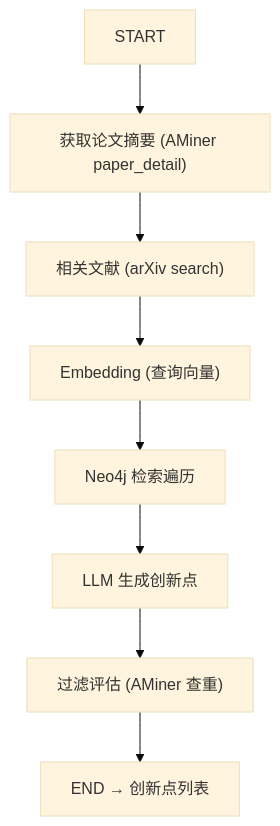
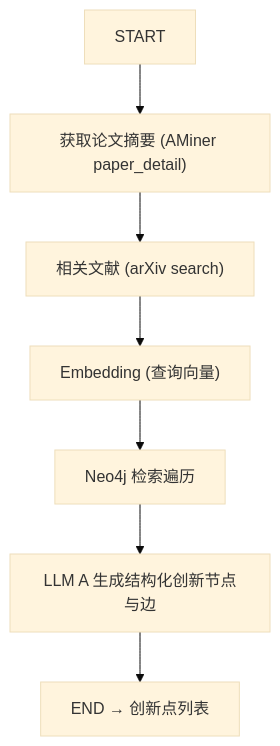
The third of 3 diagrams in doc/architecture.md (cheanus/IdeaForgeX), drawn with Mermaid (base theme) before and after one commit. The commit also changed other lines of this file and 16 other files, not shown here.

````diff
--- a/doc/architecture.md
+++ b/doc/architecture.md
@@ -118,11 +111,10 @@
 ```mermaid
 flowchart TD
     S["START"]
     S --> P1["获取论文摘要 (AMiner paper_detail)"]
     P1 --> P2["相关文献 (arXiv search)"]
     P2 --> E["Embedding (查询向量)"]
     E --> R["Neo4j 检索遍历"]
-    R --> G["LLM 生成创新点"]
-    G --> F["过滤评估 (AMiner 查重)"]
-    F --> O["END → 创新点列表"]
+    R --> G["LLM A 生成结构化创新节点与边"]
+    G --> O["END → 创新点列表"]
 ```
````
